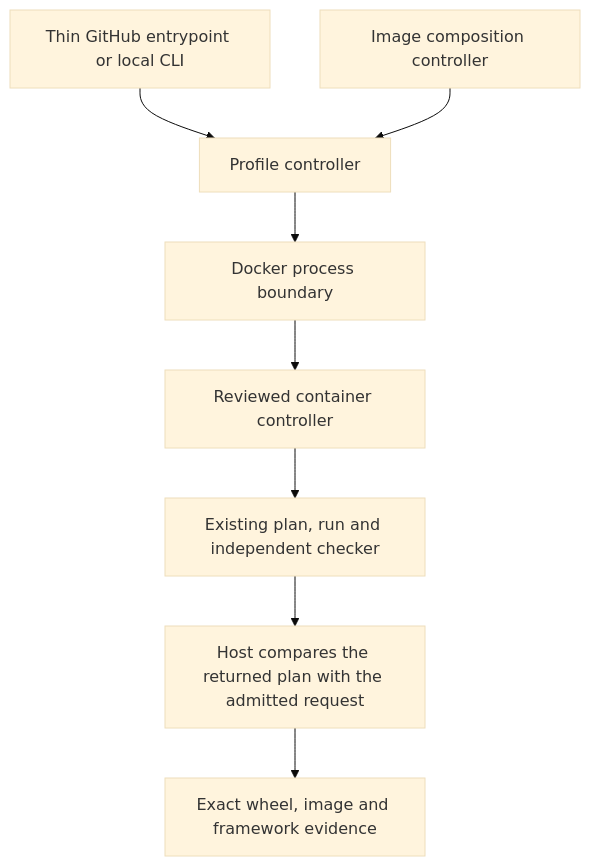
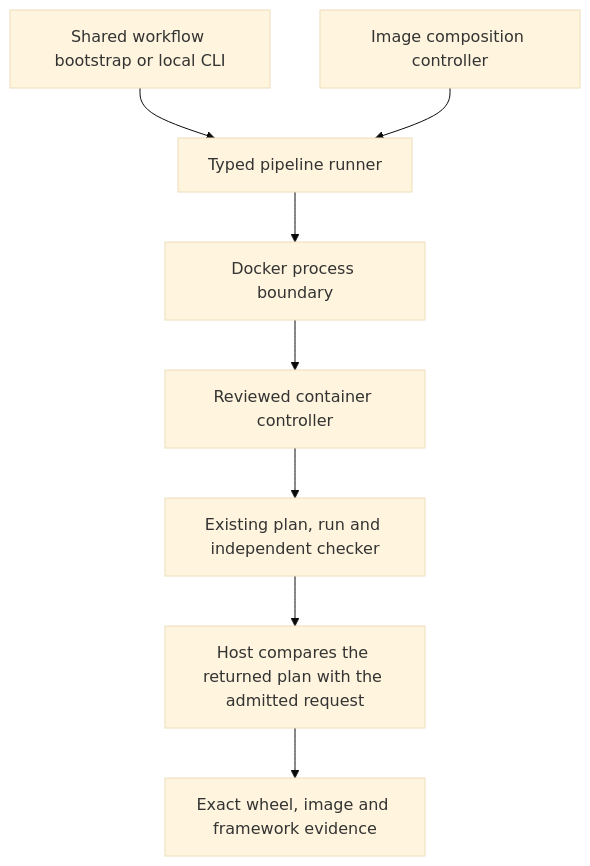
One commit to AndreasKaratzas/aiter changed the diagram in ci/pipelines/README.md. Above: the diagram before and after it, drawn with Mermaid (base theme). The commit also changed other lines of this file and 222 other files, not shown here.

````diff
--- a/ci/pipelines/README.md
+++ b/ci/pipelines/README.md
@@ -16,10 +21,10 @@
 ```mermaid
 flowchart TD
-  W[Thin GitHub entrypoint or local CLI] --> P[Profile controller]
+  W[Shared workflow bootstrap or local CLI] --> P[Typed pipeline runner]
   P --> D[Docker process boundary]
   D --> C[Reviewed container controller]
   C --> Q[Existing plan, run and independent checker]
   Q --> H[Host compares the returned plan with the admitted request]
   I[Image composition controller] --> P
   H --> R[Exact wheel, image and framework evidence]
 ```
````
